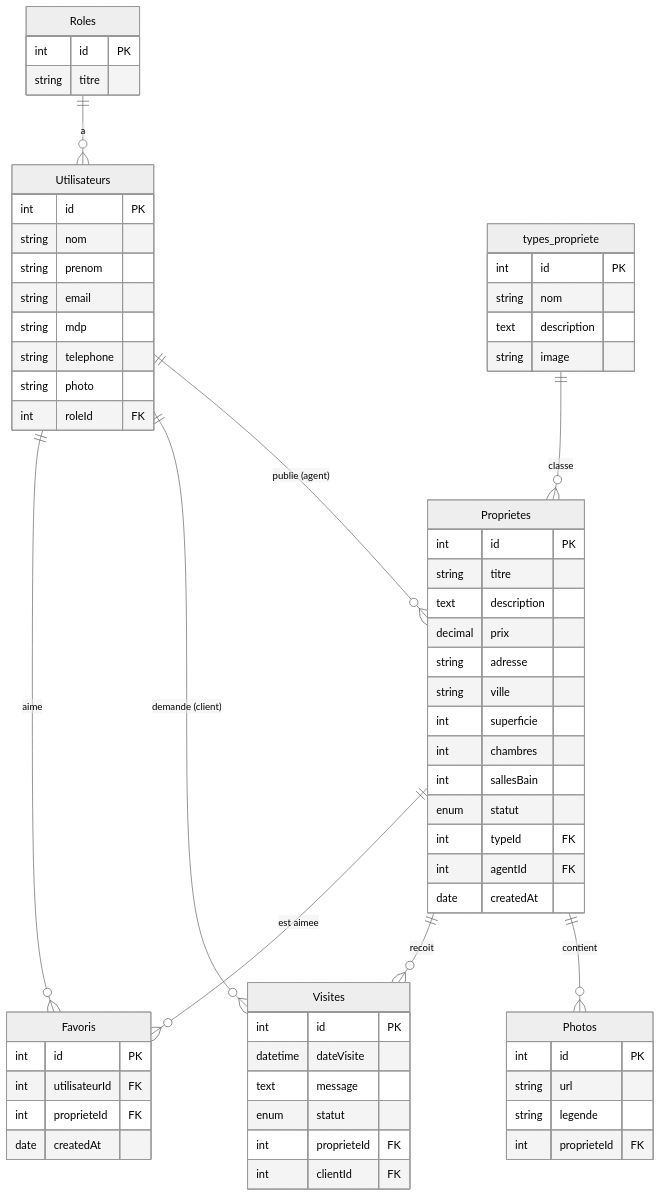
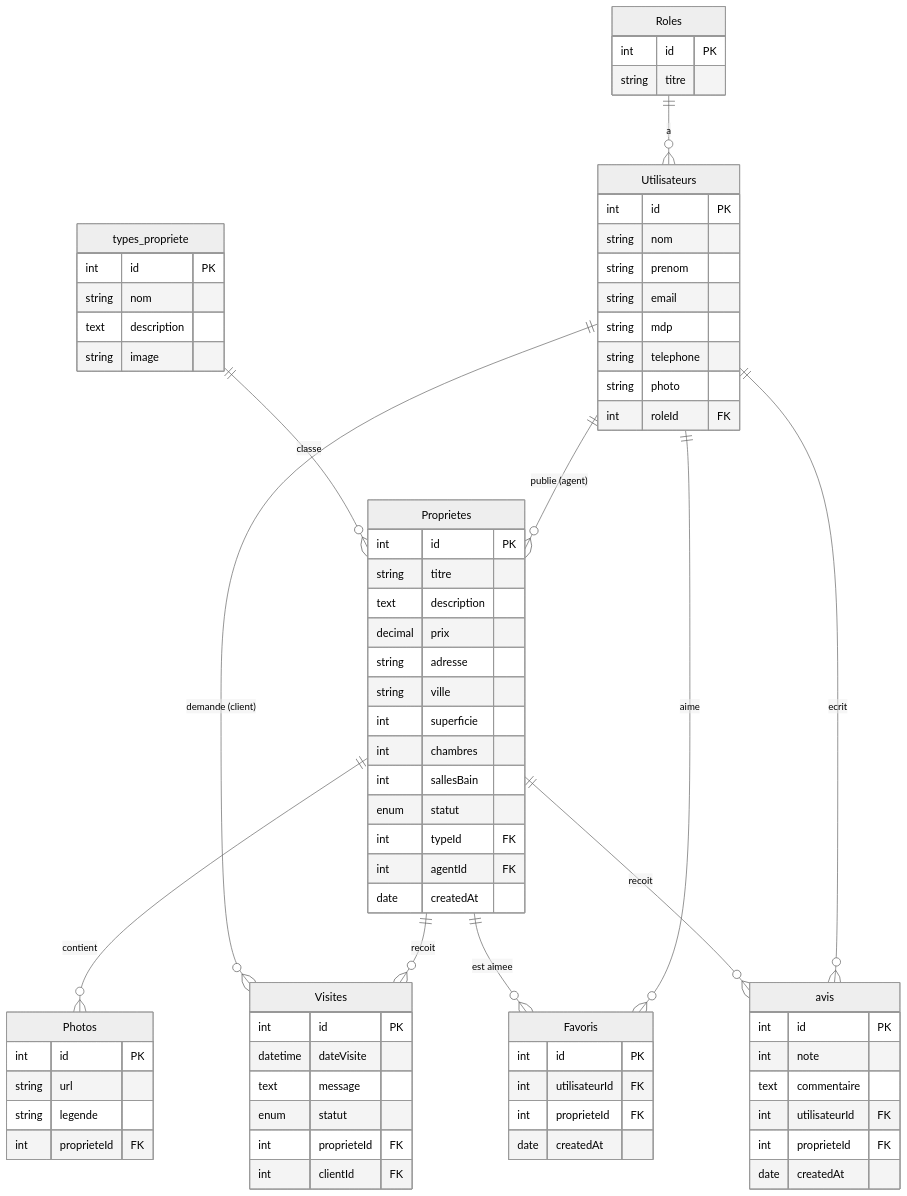
One commit to FAYDI-DEV/api-immobilier changed the diagram in README.md. Above: the diagram before and after it, drawn with Mermaid (neutral theme). The commit also changed other lines of this file and 14 other files, not shown here.

Commit message:
Table avis (8e table), diagrammes PDF et equipe de 4

````diff
--- a/README.md
+++ b/README.md
@@ -47,53 +48,61 @@
 ```mermaid
 erDiagram
     Roles ||--o{ Utilisateurs : "a"
     Utilisateurs ||--o{ Proprietes : "publie (agent)"
     types_propriete ||--o{ Proprietes : "classe"
     Proprietes ||--o{ Photos : "contient"
     Proprietes ||--o{ Visites : "recoit"
     Utilisateurs ||--o{ Visites : "demande (client)"
     Utilisateurs ||--o{ Favoris : "aime"
     Proprietes ||--o{ Favoris : "est aimee"
+    Utilisateurs ||--o{ avis : "ecrit"
+    Proprietes ||--o{ avis : "recoit"
 
     Roles { int id PK
         string titre }
     Utilisateurs { int id PK
         string nom
         string prenom
         string email
         string mdp
         string telephone
         string photo
         int roleId FK }
     types_propriete { int id PK
         string nom
         text description
         string image }
     Proprietes { int id PK
         string titre
         text description
         decimal prix
         string adresse
         string ville
         int superficie
         int chambres
         int sallesBain
         enum statut
         int typeId FK
         int agentId FK
         date createdAt }
     Photos { int id PK
         string url
         string legende
         int proprieteId FK }
     Visites { int id PK
         datetime dateVisite
         text message
         enum statut
         int proprieteId FK
         int clientId FK }
     Favoris { int id PK
         int utilisateurId FK
         int proprieteId FK
         date createdAt }
+    avis { int id PK
+        int note
+        text commentaire
+        int utilisateurId FK
+        int proprieteId FK
+        date createdAt }
 ```
````
